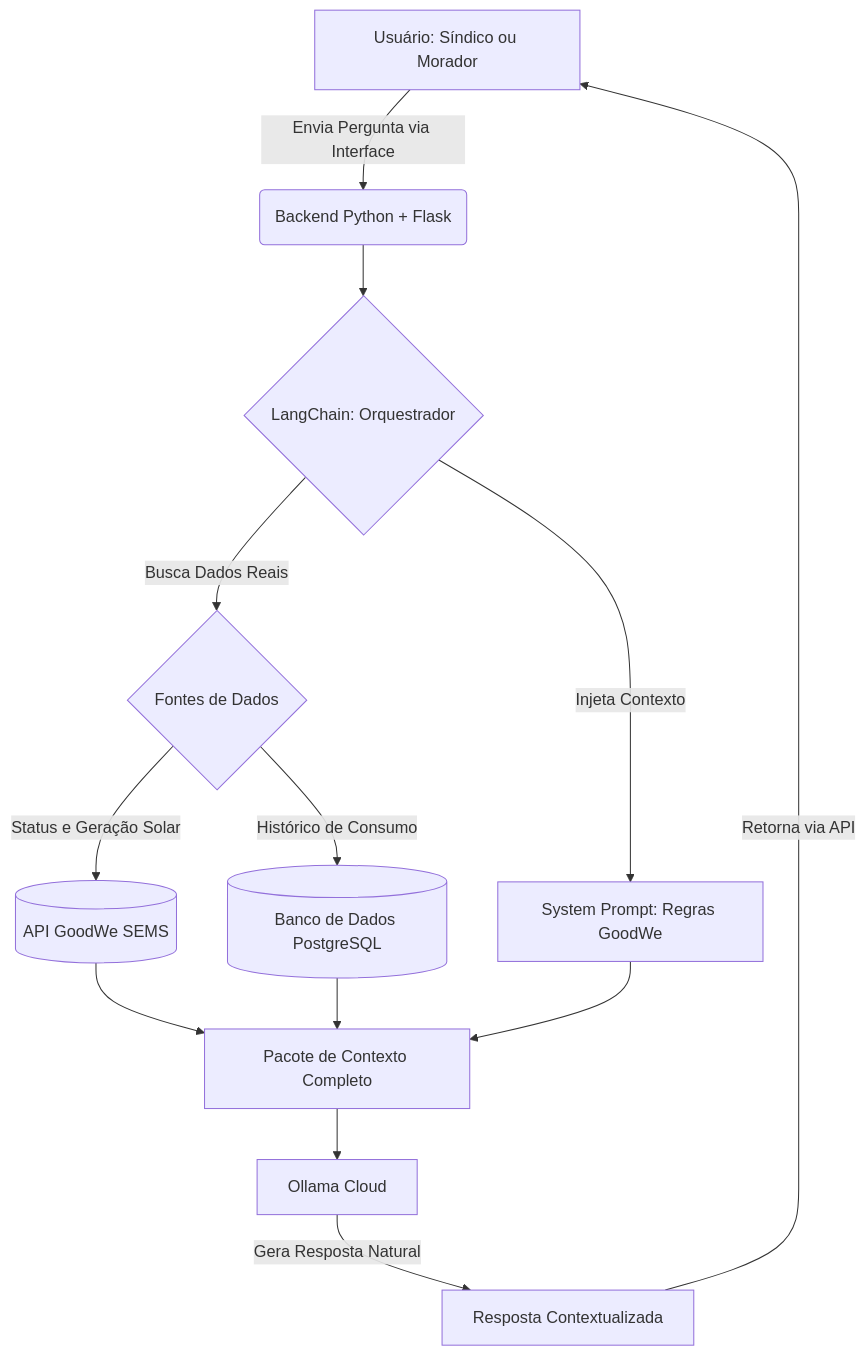
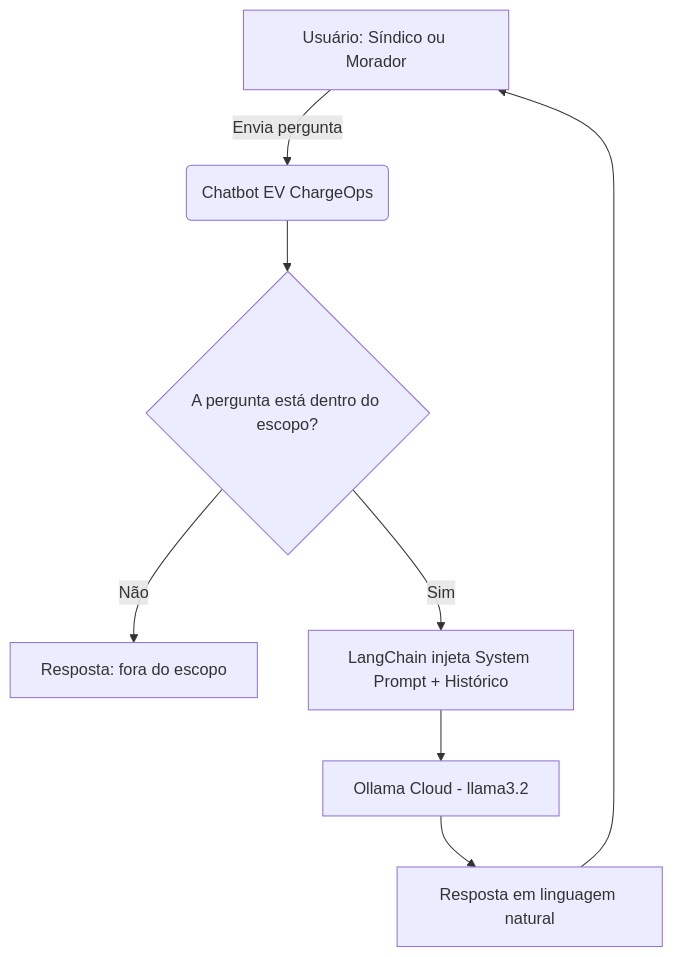
The diagram in README.md (pedrosampaiom2007-gif/Sprint-1-Hercules), drawn with Mermaid before and after one commit. The commit also changed other lines of this file, not shown here.

````diff
--- a/README.md
+++ b/README.md
@@ -88,15 +87,10 @@
 ```mermaid
 graph TD
-    A[Usuário: Síndico ou Morador] -->|Envia Pergunta via Interface| B(Backend Python + Flask)
-    B --> C{LangChain: Orquestrador}
-    C -->|Injeta Contexto| D[System Prompt: Regras GoodWe]
-    C -->|Busca Dados Reais| E{Fontes de Dados}
-    E -->|Status e Geração Solar| F[(API GoodWe SEMS)]
-    E -->|Histórico de Consumo| G[(Banco de Dados PostgreSQL)]
-    F --> H[Pacote de Contexto Completo]
-    G --> H
-    D --> H
-    H --> I[Ollama Cloud]
-    I -->|Gera Resposta Natural| J[Resposta Contextualizada]
-    J -->|Retorna via API| A
+    A[Usuário: Síndico ou Morador] -->|Envia pergunta| B(Chatbot EV ChargeOps)
+    B --> C{A pergunta está dentro do escopo?}
+    C -->|Não| D[Resposta: fora do escopo]
+    C -->|Sim| E[LangChain injeta System Prompt + Histórico]
+    E --> F[Ollama Cloud - llama3.2]
+    F --> G[Resposta em linguagem natural]
+    G --> A
 ```
````
